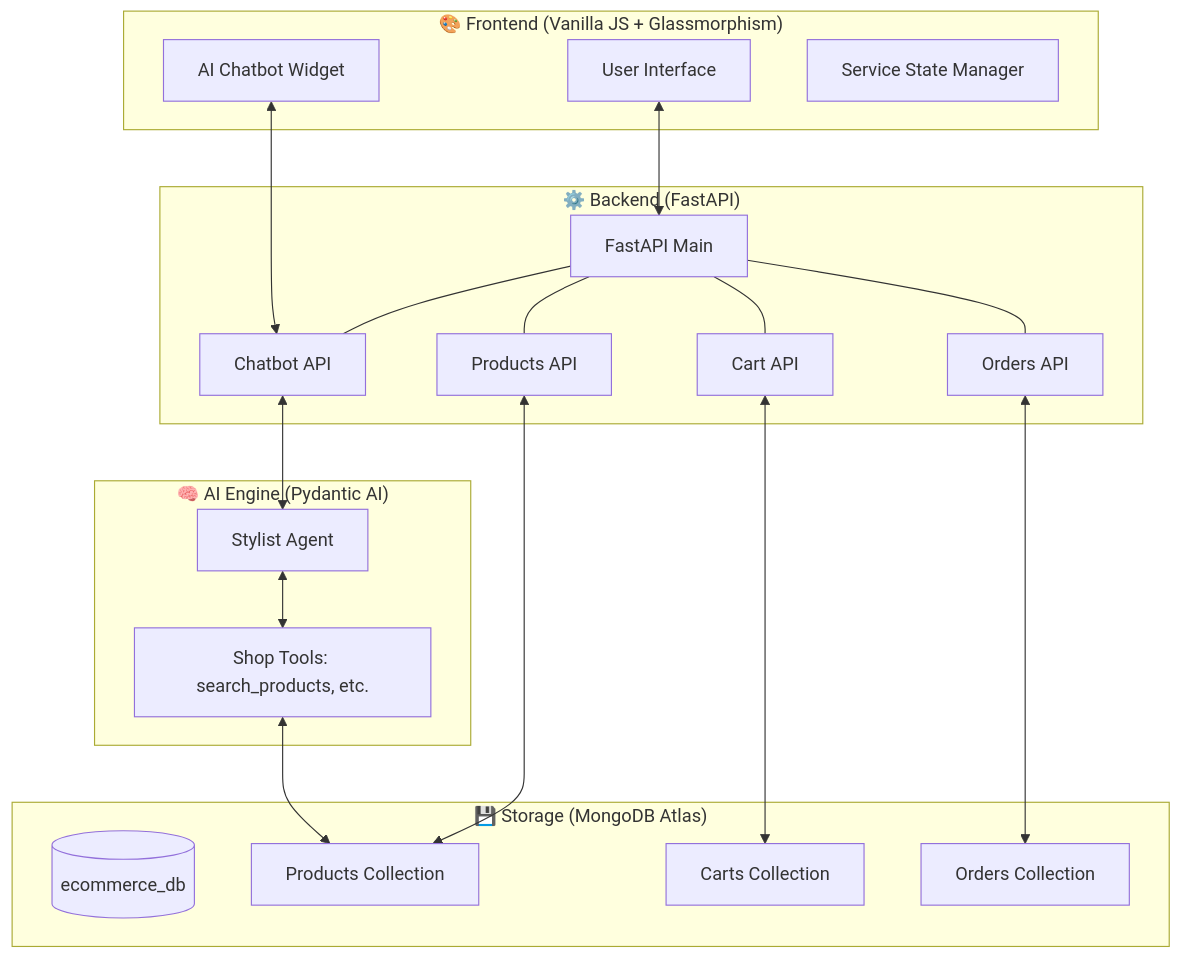
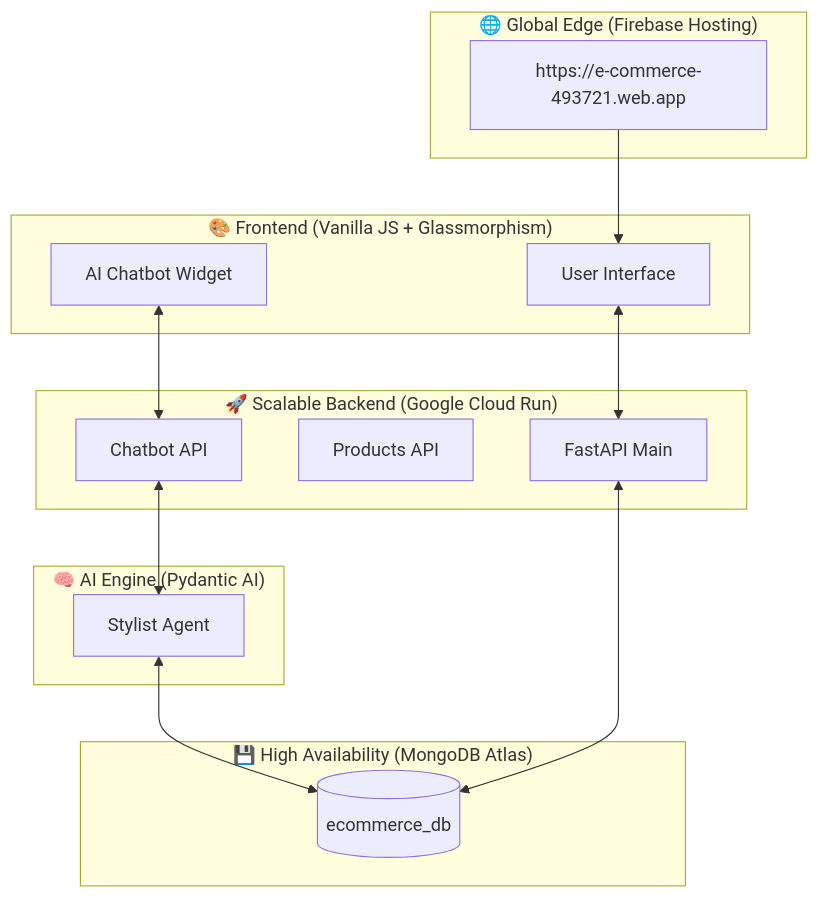
One commit to Sindhura942/e-Commerce_Agentic_Bot changed the first of 2 diagrams in README.md. Above: the diagram before and after it, drawn with Mermaid. The commit also changed other lines of this file, not shown here.

Commit message:
docs: update README with live deployment details and professional architecture

````diff
--- a/README.md
+++ b/README.md
@@ -18,42 +20,32 @@
 ```mermaid
 graph TD
-    subgraph Frontend ["🎨 Frontend (Vanilla JS + Glassmorphism)"]
-        UI[User Interface]
-        Chat[AI Chatbot Widget]
-        State[Service State Manager]
+    subgraph UI ["🌐 Global Edge (Firebase Hosting)"]
+        Link[https://e-commerce-493721.web.app]
     end
 
-    subgraph Backend ["⚙️ Backend (FastAPI)"]
+    subgraph Frontend ["🎨 Frontend (Vanilla JS + Glassmorphism)"]
+        UI_Logic[User Interface]
+        Chat[AI Chatbot Widget]
+    end
+
+    subgraph Backend ["🚀 Scalable Backend (Google Cloud Run)"]
         API[FastAPI Main]
         ProductsRouter[Products API]
-        CartRouter[Cart API]
         ChatRouter[Chatbot API]
-        OrdersRouter[Orders API]
     end
 
     subgraph Intelligence ["🧠 AI Engine (Pydantic AI)"]
         Agent[Stylist Agent]
-        Tools[Shop Tools: search_products, etc.]
     end
 
-    subgraph Database ["💾 Storage (MongoDB Atlas)"]
+    subgraph Database ["💾 High Availability (MongoDB Atlas)"]
         DB[(ecommerce_db)]
-        CollProducts[Products Collection]
-        CollCarts[Carts Collection]
-        CollOrders[Orders Collection]
     end
 
-    UI <--> API
+    Link --> UI_Logic
+    UI_Logic <--> API
     Chat <--> ChatRouter
     ChatRouter <--> Agent
-    Agent <--> Tools
-    Tools <--> CollProducts
-    
-    ProductsRouter <--> CollProducts
-    CartRouter <--> CollCarts
-    OrdersRouter <--> CollOrders
-    API --- ProductsRouter
-    API --- CartRouter
-    API --- ChatRouter
-    API --- OrdersRouter
+    Agent <--> DB
+    API <--> DB
 ```
````
